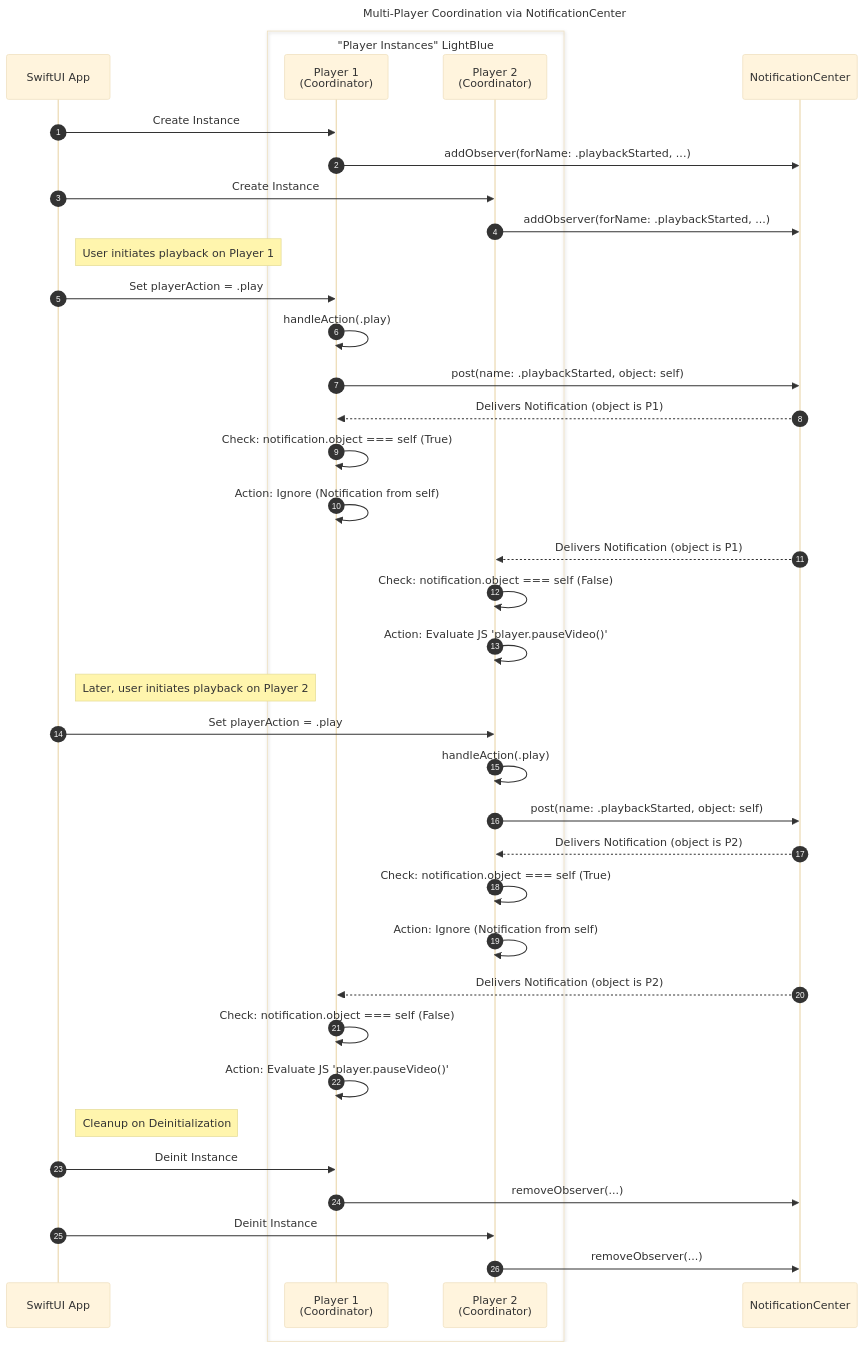
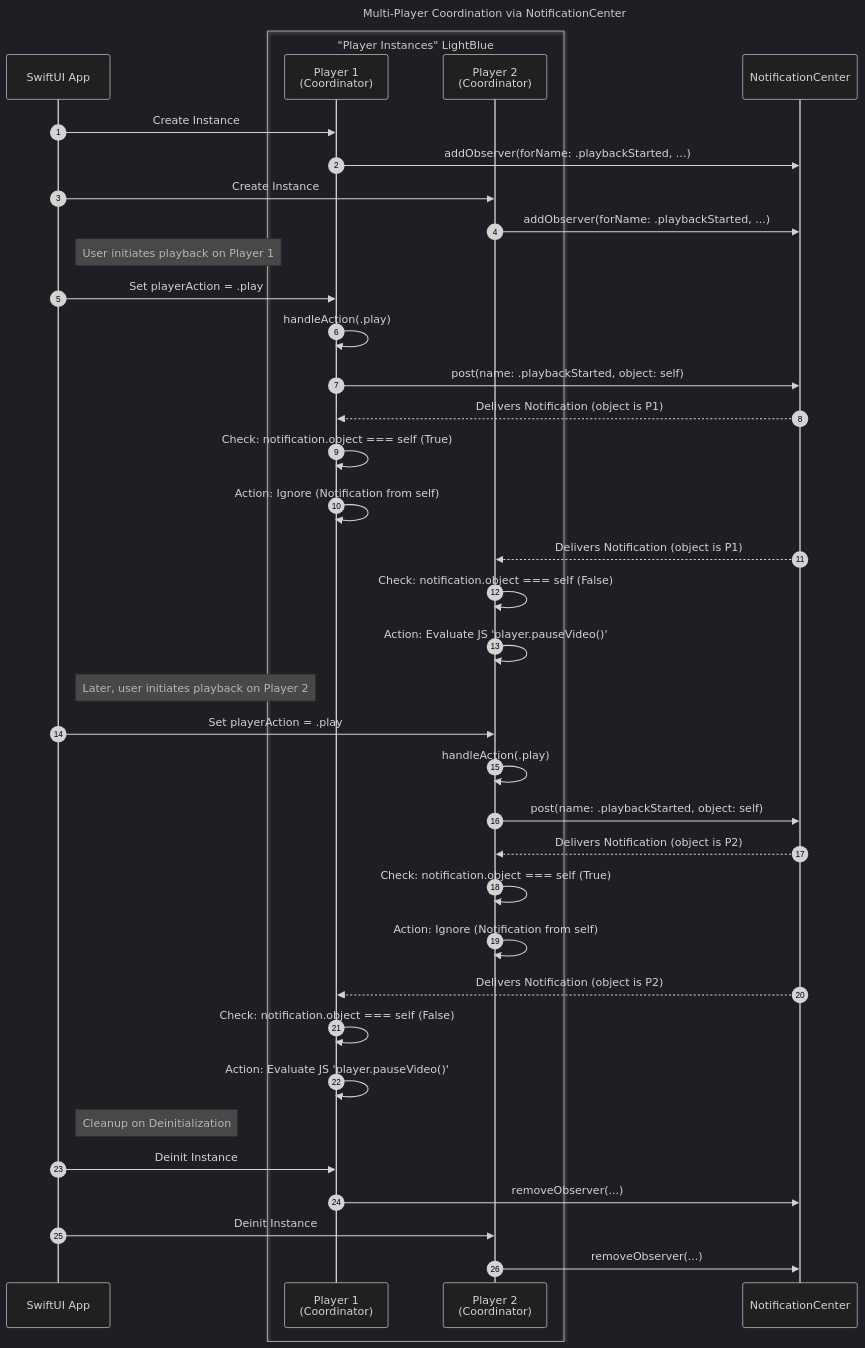
Before and after one commit to CongLeSolutionX/Unofficial-SwiftUI-Wrapper-for-YouTube-IFrame-Player-API: the seventh of 8 diagrams in README.md, drawn with Mermaid. The commit also changed other lines of this file, not shown here.

````diff
--- a/README.md
+++ b/README.md
@@ -613,74 +612,74 @@
 ```mermaid
 ---
 title: "Multi-Player Coordination via NotificationCenter"
 author: "Cong Le"
 version: "1.0"
 license(s): "Apache License 2.0, CC BY 4.0" # CORRECTED License
 config:
-  theme: base
+  theme: dark
 ---
 %%%%%%%% Mermaid version v11.4.1-b.14
 %%%%%%%% Available curve styles include the following keywords:
 %% basis, bumpX, bumpY, cardinal, catmullRom, linear, monotoneX, monotoneY, natural, step, stepAfter, stepBefore.
 %%{
   init: {
     'sequenceDiagram': { 'htmlLabels': false, 'actorMargin': 30 },
     'fontFamily': 'Helvetica',
     'themeVariables': {
       'primaryColor': '#E6F2FF', # Light blue background
       'primaryTextColor': '#003366', # Dark blue text
       'primaryBorderColor': '#99CCFF', # Medium blue border
       'lineColor': '#0059b3', # Darker blue lines
       'secondaryColor': '#CCE0FF', # Lighter blue for boxes
       'tertiaryColor': '#F0F8FF' # Very light blue for notes
     }
   }
 }%%
 sequenceDiagram
     autonumber
 
     participant SWUI as SwiftUI App
     box "Player Instances" LightBlue
         participant P1 as Player 1<br>(Coordinator)
         participant P2 as Player 2<br>(Coordinator)
     end
     participant NC as NotificationCenter
 
     SWUI ->> P1: Create Instance
     P1 ->> NC: addObserver(forName: .playbackStarted, ...)
     SWUI ->> P2: Create Instance
     P2 ->> NC: addObserver(forName: .playbackStarted, ...)
 
     Note right of SWUI: User initiates playback on Player 1
     SWUI ->> P1: Set playerAction = .play
     P1 ->> P1: handleAction(.play)
     P1 ->> NC: post(name: .playbackStarted, object: self)
 
     NC -->> P1: Delivers Notification (object is P1)
     P1 ->> P1: Check: notification.object === self (True)
     P1 ->> P1: Action: Ignore (Notification from self)
 
     NC -->> P2: Delivers Notification (object is P1)
     P2 ->> P2: Check: notification.object === self (False)
     P2 ->> P2: Action: Evaluate JS 'player.pauseVideo()'
 
     Note right of SWUI: Later, user initiates playback on Player 2
     SWUI ->> P2: Set playerAction = .play
     P2 ->> P2: handleAction(.play)
     P2 ->> NC: post(name: .playbackStarted, object: self)
 
     NC -->> P2: Delivers Notification (object is P2)
     P2 ->> P2: Check: notification.object === self (True)
     P2 ->> P2: Action: Ignore (Notification from self)
 
     NC -->> P1: Delivers Notification (object is P2)
     P1 ->> P1: Check: notification.object === self (False)
     P1 ->> P1: Action: Evaluate JS 'player.pauseVideo()'
 
     Note right of SWUI: Cleanup on Deinitialization
     SWUI ->> P1: Deinit Instance
     P1 ->> NC: removeObserver(...)
     SWUI ->> P2: Deinit Instance
     P2 ->> NC: removeObserver(...)
 
 ```
````
